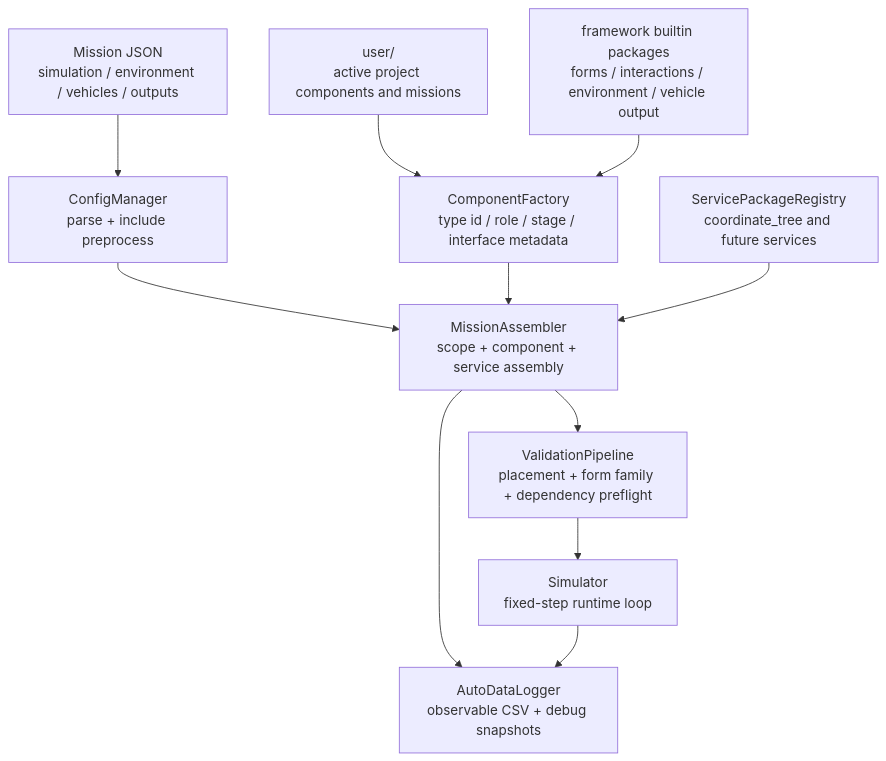
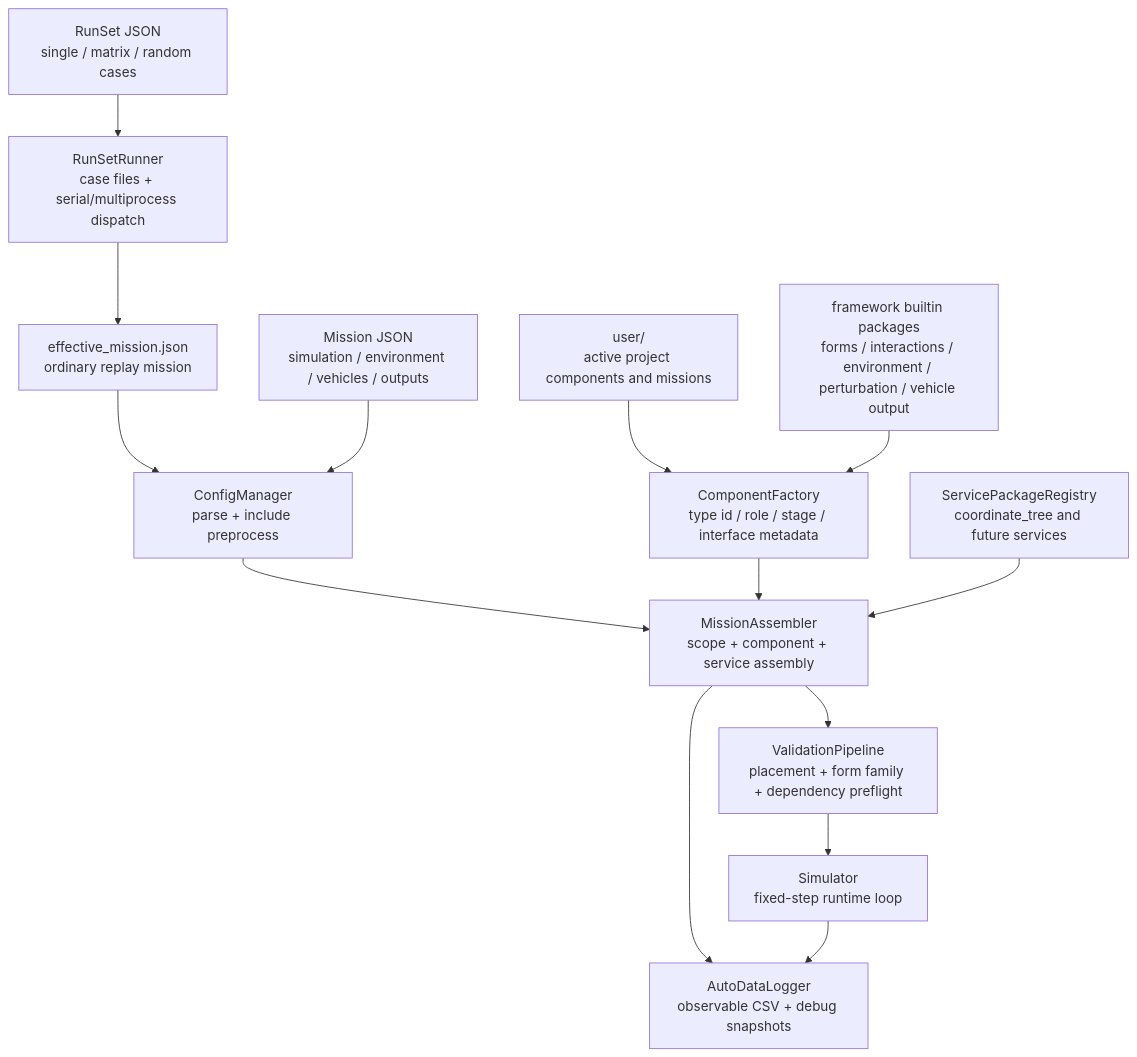
The first of 6 diagrams in doc/00-current-architecture.md (aofenghanyue/GNCZMKN), drawn with Mermaid before and after one commit. The commit also changed other lines of this file and 7 other files, not shown here.

````diff
--- a/doc/00-current-architecture.md
+++ b/doc/00-current-architecture.md
@@ -9,22 +11,27 @@
 ```mermaid
 flowchart TB
     Mission["Mission JSON<br/>simulation / environment / vehicles / outputs"]
+    RunSet["RunSet JSON<br/>single / matrix / random cases"]
+    RunSetRunner["RunSetRunner<br/>case files + serial/multiprocess dispatch"]
+    Effective["effective_mission.json<br/>ordinary replay mission"]
     Config["ConfigManager<br/>parse + include preprocess"]
     Factory["ComponentFactory<br/>type id / role / stage / interface metadata"]
     Services["ServicePackageRegistry<br/>coordinate_tree and future services"]
     Assembler["MissionAssembler<br/>scope + component + service assembly"]
     Validation["ValidationPipeline<br/>placement + form family + dependency preflight"]
     Simulator["Simulator<br/>fixed-step runtime loop"]
     Logger["AutoDataLogger<br/>observable CSV + debug snapshots"]
     User["user/<project><br/>active project components and missions"]
-    Builtin["framework builtin packages<br/>forms / interactions / environment / vehicle output"]
+    Builtin["framework builtin packages<br/>forms / interactions / environment / perturbation / vehicle output"]
 
     User --> Factory
     Builtin --> Factory
+    RunSet --> RunSetRunner --> Effective
+    Effective --> Config
     Mission --> Config --> Assembler
     Factory --> Assembler
     Services --> Assembler
     Assembler --> Validation --> Simulator
     Assembler --> Logger
     Simulator --> Logger
 ```
````
